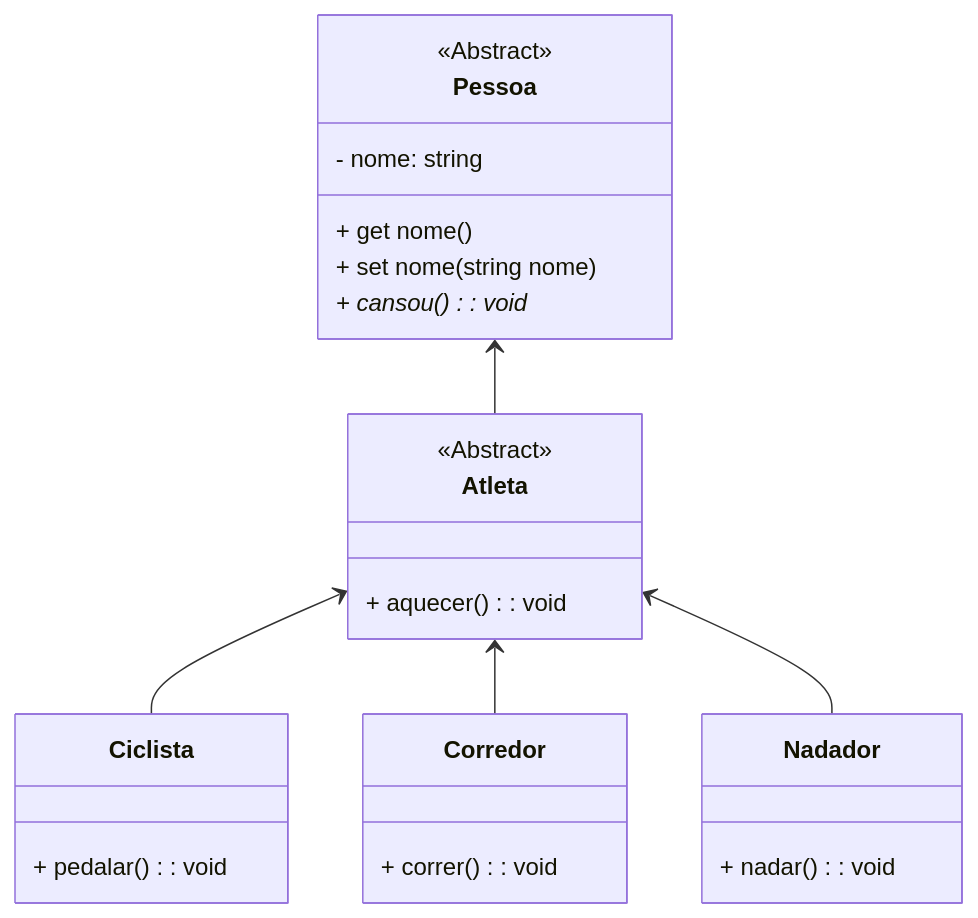
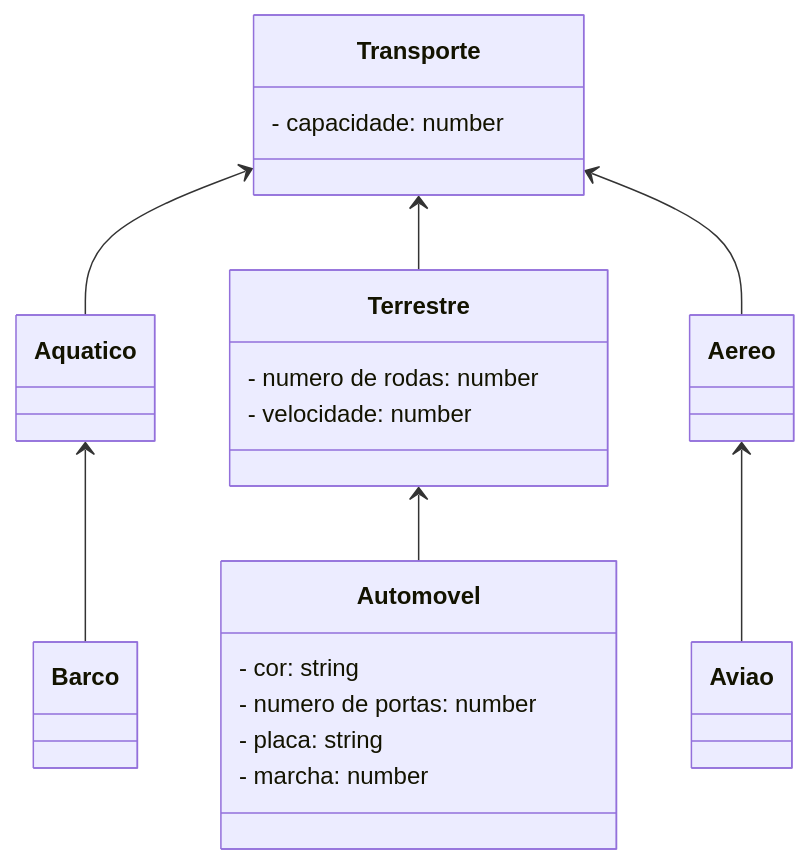
The tenth of 10 diagrams in 01_javascript/16.md (conteudoGeneration/cookbook_javascript), drawn with Mermaid before and after one commit. The commit also changed other lines of this file and 19 other files, not shown here.

````diff
--- a/01_javascript/16.md
+++ b/01_javascript/16.md
@@ -85,27 +200,34 @@
 ```mermaid
 classDiagram
-class Pessoa {
-<<Abstract>>
-- nome: string
-+ get nome()
-+ set nome(string nome)
-+ cansou(): void*
+class Transporte {
+- capacidade: number  
 }
-class Atleta {
-<<Abstract>>
-+ aquecer(): void
+class Aereo {
+  
 }
-class Ciclista {
-+ pedalar(): void
+class Terrestre {
+- numero de rodas: number  
+- velocidade: number
 }
-class Corredor {
-+ correr(): void
+class Aquatico {
+  
 }
-class Nadador {
-+ nadar(): void
+class Aviao {
+  
 }
-Pessoa <-- Atleta
-Atleta <-- Ciclista
-Atleta <-- Corredor
-Atleta <-- Nadador
+class Automovel {
+- cor: string
+- numero de portas: number
+- placa: string
+- marcha: number
+}
+class Barco {
+  
+}
+Transporte <-- Aquatico
+Transporte <-- Terrestre
+Transporte <-- Aereo
+Aquatico <-- Barco
+Terrestre <-- Automovel
+Aereo <-- Aviao
 ```
````
